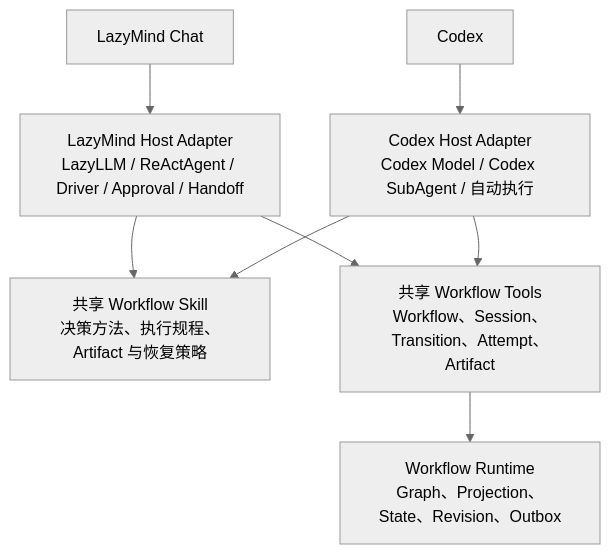
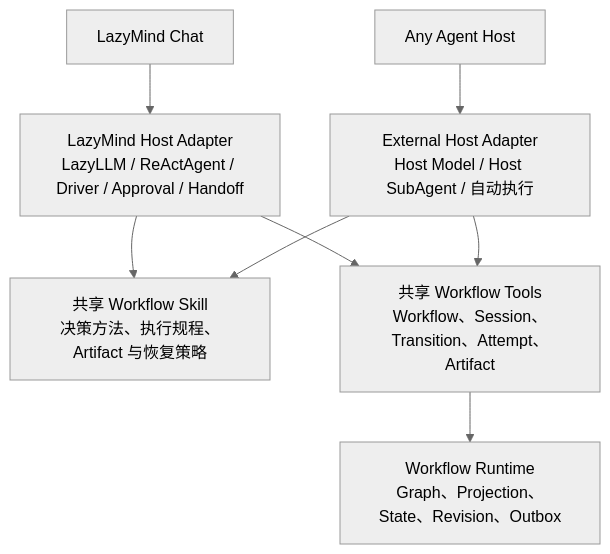
One commit to LazyAGI/LazyMind changed the first of 2 diagrams in docs/plan/plugin/shared-workflow-agent-kit-plan.md. Above: the diagram before and after it, drawn with Mermaid (neutral theme). The commit also changed other lines of this file and 36 other files, not shown here.

````diff
--- a/docs/plan/plugin/shared-workflow-agent-kit-plan.md
+++ b/docs/plan/plugin/shared-workflow-agent-kit-plan.md
@@ -17,20 +17,20 @@
 ```mermaid
 flowchart TB
     SharedSkill["共享 Workflow Skill<br/>决策方法、执行规程、Artifact 与恢复策略"]
     RuntimeTools["共享 Workflow Tools<br/>Workflow、Session、Transition、Attempt、Artifact"]
     Runtime["Workflow Runtime<br/>Graph、Projection、State、Revision、Outbox"]
 
     LazyHost["LazyMind Host Adapter<br/>LazyLLM / ReActAgent / Driver / Approval / Handoff"]
-    CodexHost["Codex Host Adapter<br/>Codex Model / Codex SubAgent / 自动执行"]
+    ExternalHost["External Host Adapter<br/>Host Model / Host SubAgent / 自动执行"]
 
     LazyApp["LazyMind Chat"]
-    CodexApp["Codex"]
+    ExternalApp["Any Agent Host"]
 
     LazyApp --> LazyHost
-    CodexApp --> CodexHost
+    ExternalApp --> ExternalHost
     LazyHost --> SharedSkill
-    CodexHost --> SharedSkill
+    ExternalHost --> SharedSkill
     LazyHost --> RuntimeTools
-    CodexHost --> RuntimeTools
+    ExternalHost --> RuntimeTools
     RuntimeTools --> Runtime
 ```
````
